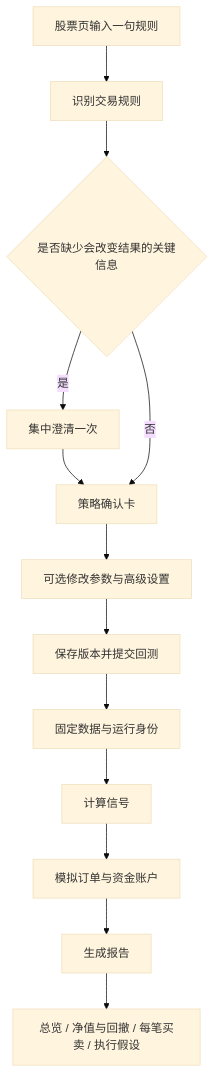
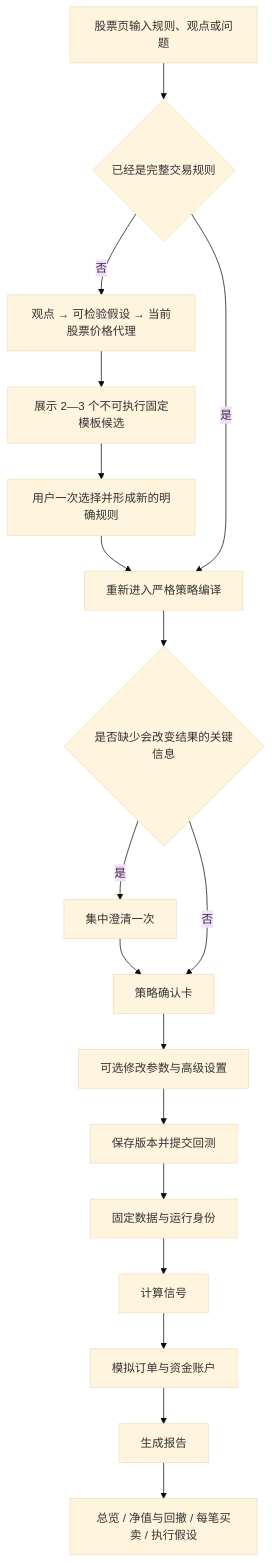
The first of 4 diagrams in docs/SPEC.md (kasaviawuh111-cpu/ai-strategy-backtest), drawn with Mermaid (base theme) before and after one commit. The commit also changed other lines of this file and 24 other files, not shown here.

````diff
--- a/docs/SPEC.md
+++ b/docs/SPEC.md
@@ -216,15 +218,20 @@
 ```mermaid
 flowchart TD
-    A[股票页输入一句规则] --> B[识别交易规则]
-    B --> C{是否缺少会改变结果的关键信息}
-    C -- 是 --> D[集中澄清一次]
-    D --> E[策略确认卡]
-    C -- 否 --> E
-    E --> F[可选修改参数与高级设置]
-    F --> G[保存版本并提交回测]
-    G --> H[固定数据与运行身份]
-    H --> I[计算信号]
-    I --> J[模拟订单与资金账户]
-    J --> K[生成报告]
-    K --> L[总览 / 净值与回撤 / 每笔买卖 / 执行假设]
+    A[股票页输入规则、观点或问题] --> B{已经是完整交易规则}
+    B -- 否 --> C[观点 → 可检验假设 → 当前股票价格代理]
+    C --> D[展示 2—3 个不可执行固定模板候选]
+    D --> E[用户一次选择并形成新的明确规则]
+    E --> F[重新进入严格策略编译]
+    B -- 是 --> F
+    F --> G{是否缺少会改变结果的关键信息}
+    G -- 是 --> H[集中澄清一次]
+    H --> I[策略确认卡]
+    G -- 否 --> I
+    I --> J[可选修改参数与高级设置]
+    J --> K[保存版本并提交回测]
+    K --> L[固定数据与运行身份]
+    L --> M[计算信号]
+    M --> N[模拟订单与资金账户]
+    N --> O[生成报告]
+    O --> P[总览 / 净值与回撤 / 每笔买卖 / 执行假设]
 ```
````
